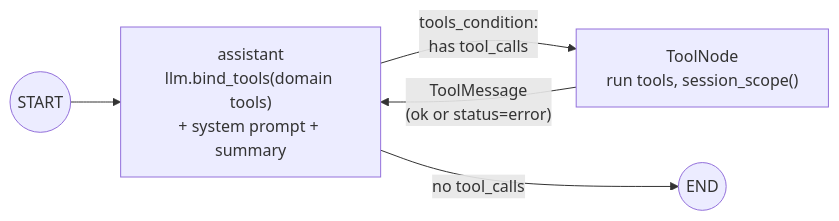
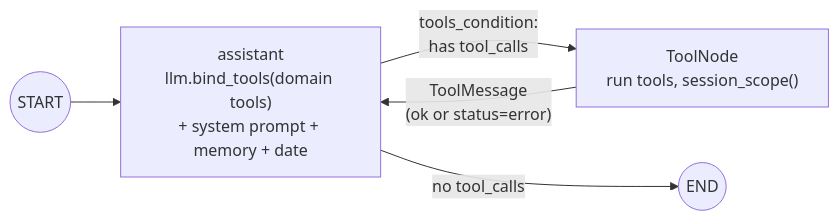
One commit to minhtran3124/travel-pi changed the fourth of 5 diagrams in WORKFLOW_DIAGRAM.md. Above: the diagram before and after it, drawn with Mermaid. The commit also changed other lines of this file and 11 other files, not shown here.

````diff
--- a/WORKFLOW_DIAGRAM.md
+++ b/WORKFLOW_DIAGRAM.md
@@ -161,7 +184,7 @@
 ```mermaid
 flowchart LR
-    START((START)) --> Assistant["assistant<br/>llm.bind_tools(domain tools)<br/>+ system prompt + summary"]
+    START(("START")) --> Assistant["assistant<br/>llm.bind_tools(domain tools)<br/>+ system prompt + memory + date"]
     Assistant -->|"tools_condition:<br/>has tool_calls"| Tools["ToolNode<br/>run tools, session_scope()"]
     Tools -->|"ToolMessage<br/>(ok or status=error)"| Assistant
-    Assistant -->|"no tool_calls"| END((END))
+    Assistant -->|"no tool_calls"| END(("END"))
 ```
````
